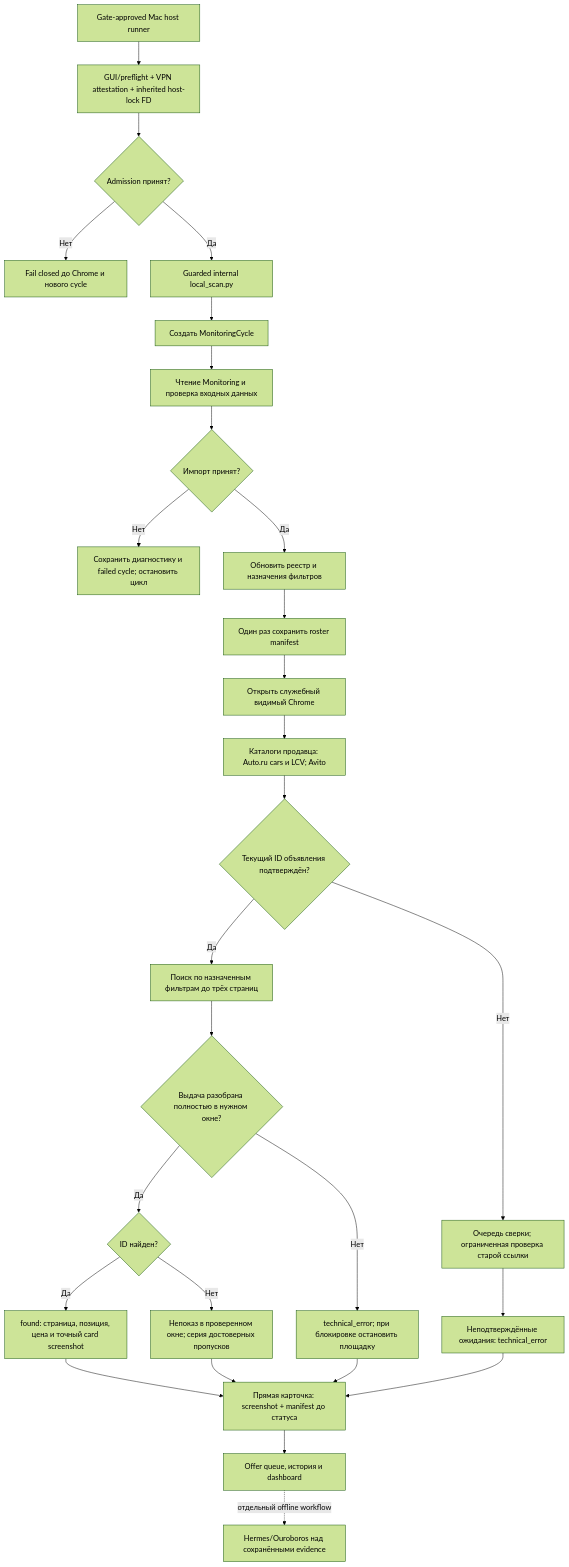
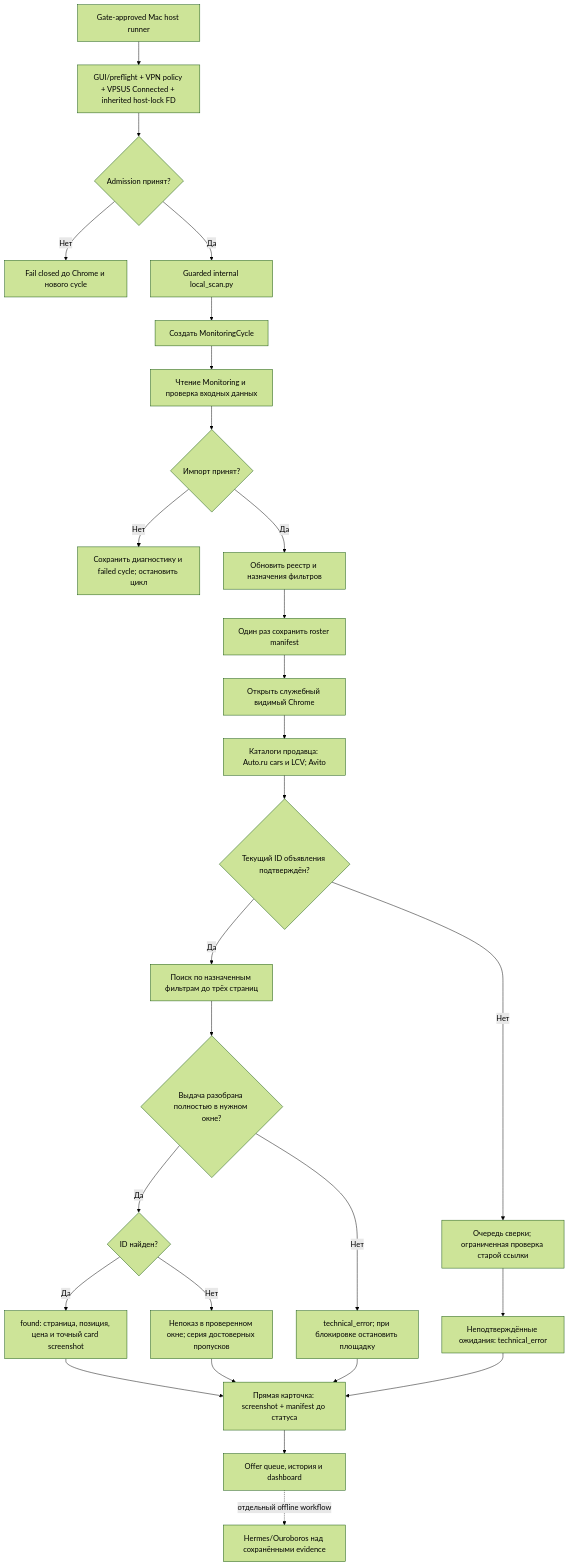
One commit to SilverCatSC/A1_Monitoring changed the diagram in docs/architecture/ALGORITHM.md. Above: the diagram before and after it, drawn with Mermaid (forest theme). The commit also changed other lines of this file and 17 other files, not shown here.

Commit message:
Separate operational VPN readiness from M7 route attestation

````diff
--- a/docs/architecture/ALGORITHM.md
+++ b/docs/architecture/ALGORITHM.md
@@ -8,30 +8,30 @@
 ```mermaid
 flowchart TD
-    A[Gate-approved Mac host runner] --> B[GUI/preflight + VPN attestation + inherited host-lock FD]
+    A[Gate-approved Mac host runner] --> B[GUI/preflight + VPN policy + VPSUS Connected + inherited host-lock FD]
     B --> C{Admission принят?}
     C -- Нет --> X[Fail closed до Chrome и нового cycle]
     C -- Да --> D[Guarded internal local_scan.py]
     D --> E[Создать MonitoringCycle]
     E --> F[Чтение Monitoring и проверка входных данных]
     F --> G{Импорт принят?}
     G -- Нет --> H[Сохранить диагностику и failed cycle; остановить цикл]
     G -- Да --> I[Обновить реестр и назначения фильтров]
     I --> J[Один раз сохранить roster manifest]
     J --> K[Открыть служебный видимый Chrome]
     K --> L[Каталоги продавца: Auto.ru cars и LCV; Avito]
     L --> M{Текущий ID объявления подтверждён?}
     M -- Нет --> N[Очередь сверки; ограниченная проверка старой ссылки]
     M -- Да --> O[Поиск по назначенным фильтрам до трёх страниц]
     N --> P[Неподтверждённые ожидания: technical_error]
     O --> Q{Выдача разобрана полностью в нужном окне?}
     Q -- Нет --> R[technical_error; при блокировке остановить площадку]
     Q -- Да --> S{ID найден?}
     S -- Да --> T[found: страница, позиция, цена и точный card screenshot]
     S -- Нет --> U[Непоказ в проверенном окне; серия достоверных пропусков]
     T --> V[Прямая карточка: screenshot + manifest до статуса]
     U --> V
     R --> V
     P --> V
     V --> W[Offer queue, история и dashboard]
     W -. отдельный offline workflow .-> Y[Hermes/Ouroboros над сохранёнными evidence]
 ```
````
